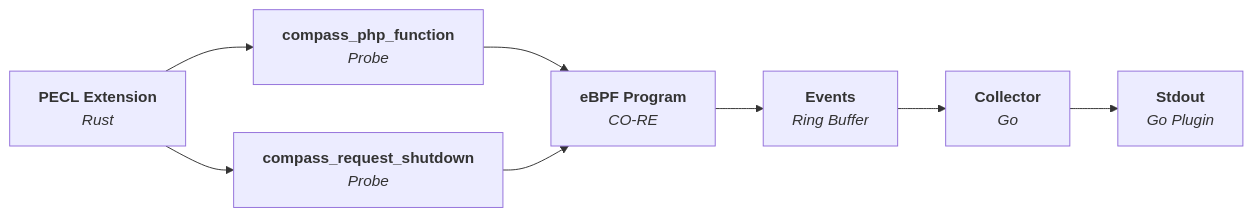
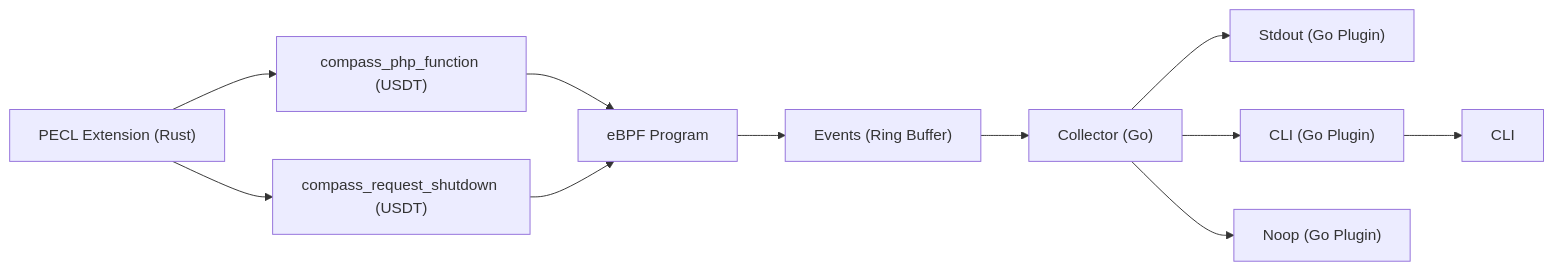
One commit to skpr/compass changed the diagram in README.md. Above: the diagram before and after it, drawn with Mermaid.

Commit message:
Update diagram

````diff
--- a/README.md
+++ b/README.md
@@ -12,14 +12,18 @@
 ```mermaid
 flowchart LR
-   Extension[<b>PECL Extension</b>\n<i>Rust</i>] --> compass_php_function[<b>compass_php_function</b>\n<i>Probe</i>]
-   Extension --> compass_request_shutdown[<b>compass_request_shutdown</b>\n<i>Probe</i>]
+   Extension["PECL Extension (Rust)"] --> compass_php_function["compass_php_function (USDT)"]
+   Extension --> compass_request_shutdown["compass_request_shutdown (USDT)"]
 
-   compass_php_function --> eBPF[<b>eBPF Program</b>\n<i>CO-RE</i>]
+   compass_php_function --> eBPF[eBPF Program]
    compass_request_shutdown --> eBPF
 
-   eBPF --> Events[<b>Events</b>\n<i>Ring Buffer</i>]
+   eBPF --> Events["Events (Ring Buffer)"]
 
-   Events --> Collector[<b>Collector</b>\n<i>Go</i>]
+   Events --> Collector["Collector (Go)"]
 
-   Collector --> Stdout[<b>Stdout</b>\n<i>Go Plugin</i>]
+   Collector --> PluginStdout["Stdout (Go Plugin)"]
+   Collector --> PluginCLI["CLI (Go Plugin)"]
+   Collector --> PluginNoop["Noop (Go Plugin)"]
+
+   PluginCLI --> CLI
 ```
````
